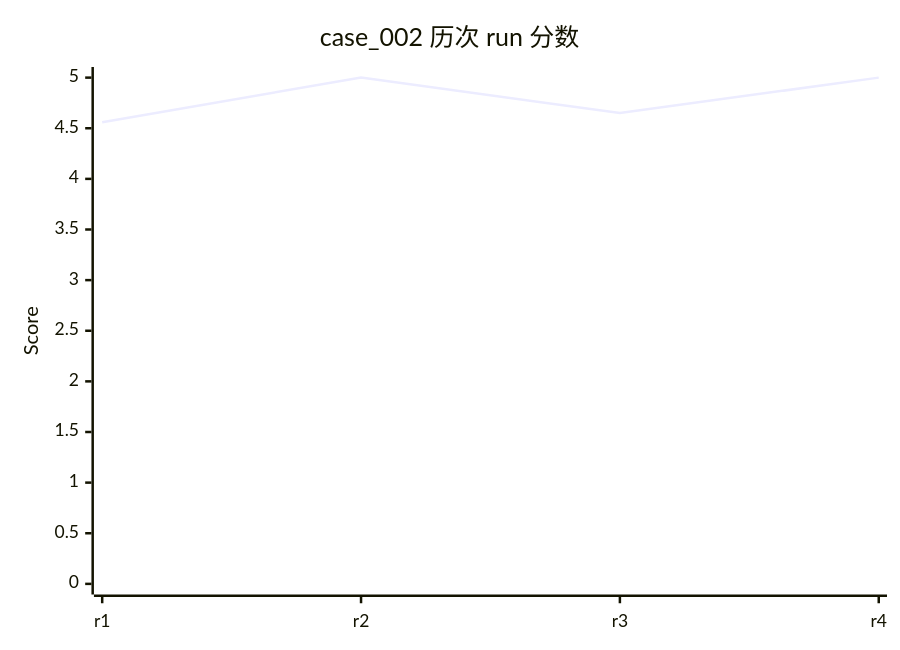
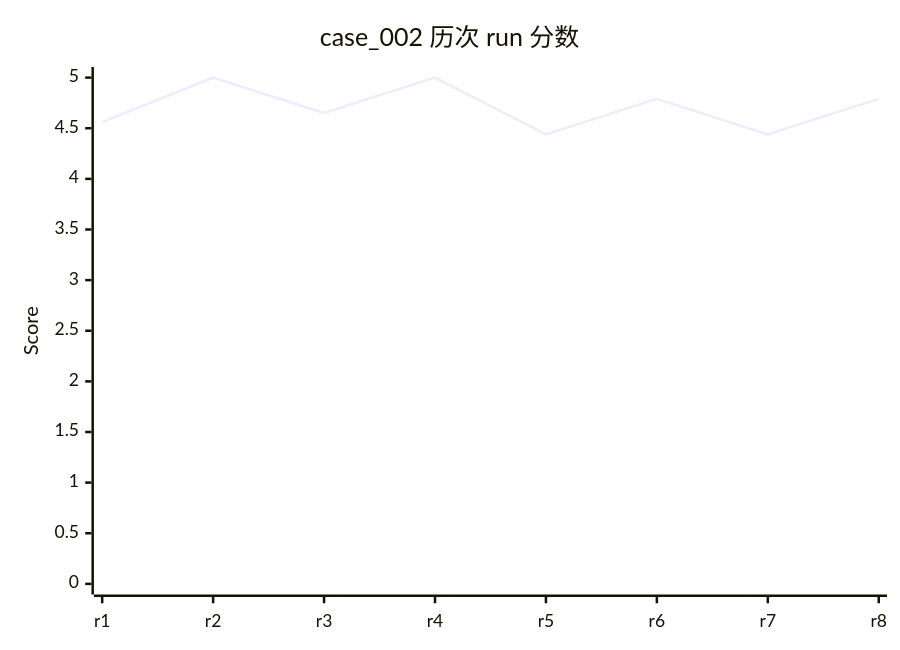
The ninth of 58 diagrams in evals/DASHBOARD.md (rushengzhou/sid-code), drawn with Mermaid before and after one commit. The commit also changed other lines of this file and 34 other files, not shown here.

````diff
--- a/evals/DASHBOARD.md
+++ b/evals/DASHBOARD.md
@@ -248,7 +253,7 @@
 ```mermaid
 xychart-beta
     title "case_002 历次 run 分数"
-    x-axis [r1, r2, r3, r4]
+    x-axis [r1, r2, r3, r4, r5, r6, r7, r8]
     y-axis "Score" 0 --> 5
-    line [4.56, 5.00, 4.65, 5.00]
+    line [4.56, 5.00, 4.65, 5.00, 4.44, 4.79, 4.44, 4.79]
 ```
````
